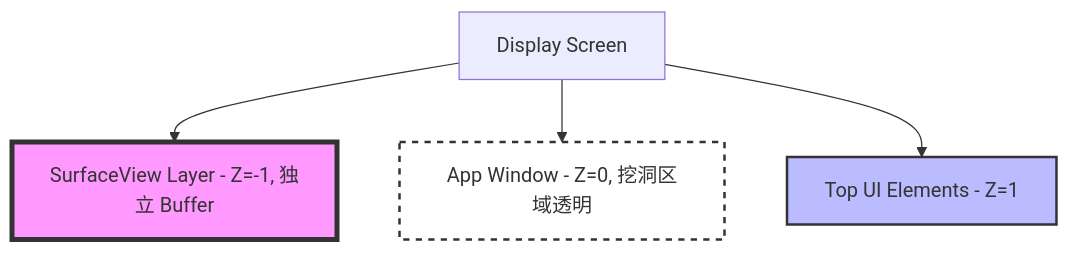
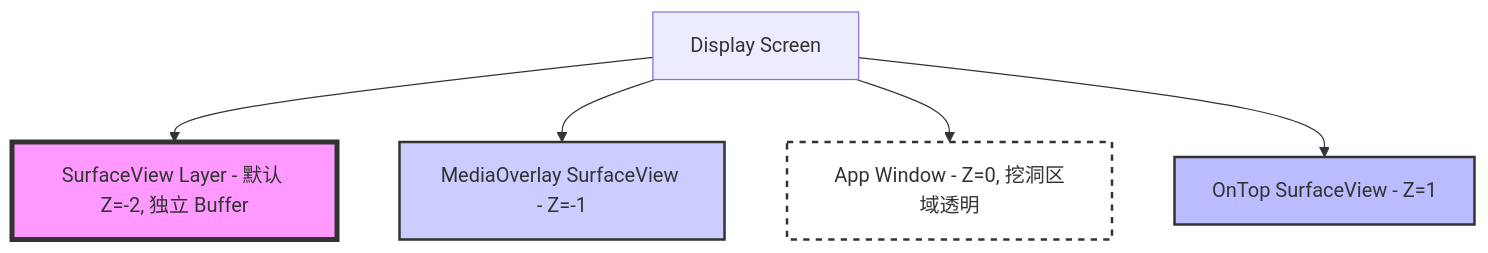
Before and after one commit to Gracker/android-internals-wiki: the first of 2 diagrams in src/part2-performance/ch18-rendering-pipelines/06-surfaceview.md, drawn with Mermaid. The commit also changed other lines of this file and 3 other files, not shown here.

````diff
--- a/src/part2-performance/ch18-rendering-pipelines/06-surfaceview.md
+++ b/src/part2-performance/ch18-rendering-pipelines/06-surfaceview.md
@@ -60,15 +63,18 @@
 ```mermaid
 graph TD
     Display[Display Screen]
+    SV[SurfaceView Layer - 默认 Z=-2, 独立 Buffer]
+    Media[MediaOverlay SurfaceView - Z=-1]
     Win[App Window - Z=0, 挖洞区域透明]
-    SV[SurfaceView Layer - Z=-1, 独立 Buffer]
-    TopBar[Top UI Elements - Z=1]
+    Top[OnTop SurfaceView - Z=1]
     
     Display --> SV
+    Display --> Media
     Display --> Win
-    Display --> TopBar
+    Display --> Top
     
     style Win fill:#00000000,stroke:#333,stroke-width:2px,stroke-dasharray: 5 5
     style SV fill:#f9f,stroke:#333,stroke-width:4px
-    style TopBar fill:#bbf,stroke:#333,stroke-width:2px
+    style Media fill:#ccf,stroke:#333,stroke-width:2px
+    style Top fill:#bbf,stroke:#333,stroke-width:2px
 ```
````
